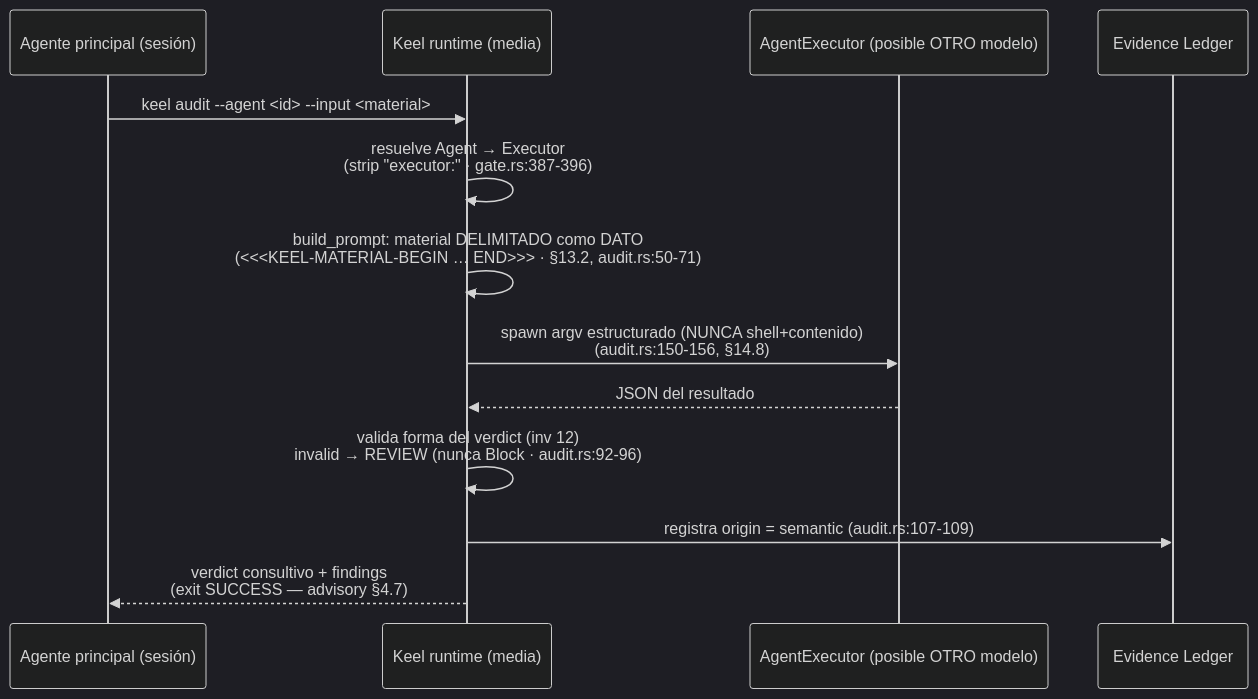
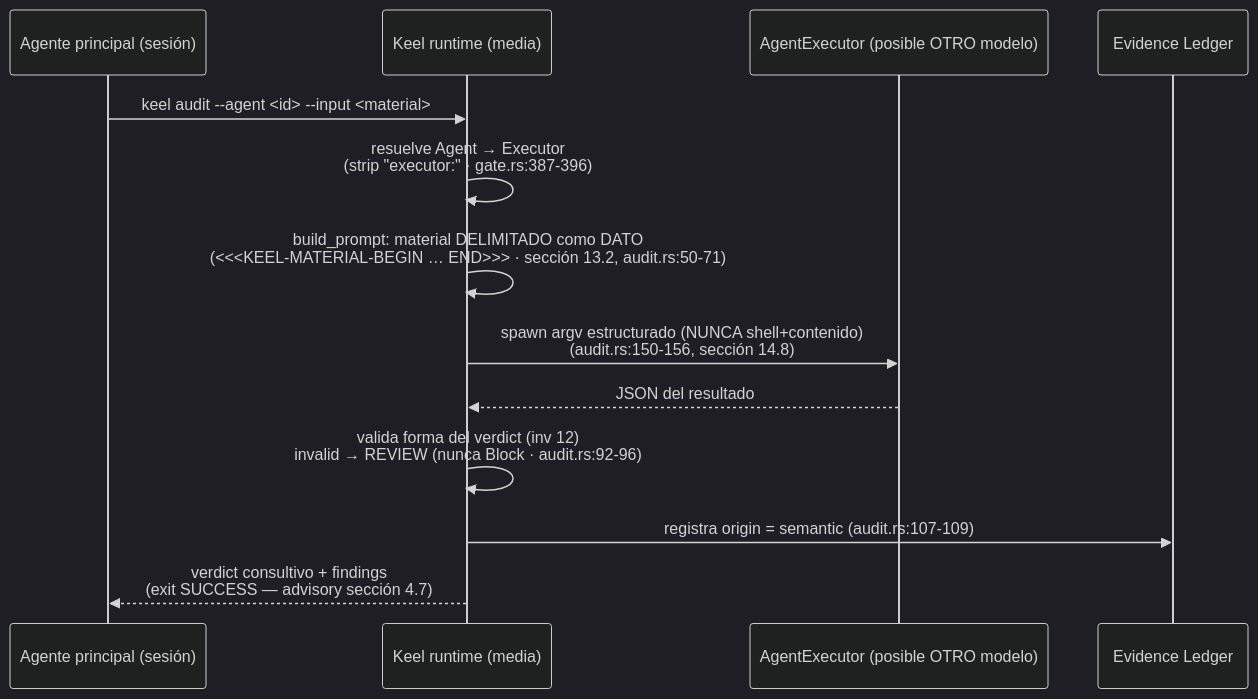
Before and after one commit to JhonaCodes/keel: the fifth of 6 diagrams in docs/FUNCIONAMIENTO_INTERNO.md, drawn with Mermaid (dark theme). The commit also changed other lines of this file and 69 other files, not shown here.

````diff
--- a/docs/FUNCIONAMIENTO_INTERNO.md
+++ b/docs/FUNCIONAMIENTO_INTERNO.md
@@ -178,16 +178,16 @@
 ```mermaid
 sequenceDiagram
     participant P as Agente principal (sesión)
     participant K as Keel runtime (media)
     participant X as AgentExecutor (posible OTRO modelo)
     participant L as Evidence Ledger
 
     P->>K: keel audit --agent <id> --input <material>
     K->>K: resuelve Agent → Executor<br/>(strip "executor:" · gate.rs:387-396)
-    K->>K: build_prompt: material DELIMITADO como DATO<br/>(<<<KEEL-MATERIAL-BEGIN … END>>> · §13.2, audit.rs:50-71)
-    K->>X: spawn argv estructurado (NUNCA shell+contenido)<br/>(audit.rs:150-156, §14.8)
+    K->>K: build_prompt: material DELIMITADO como DATO<br/>(<<<KEEL-MATERIAL-BEGIN … END>>> · sección 13.2, audit.rs:50-71)
+    K->>X: spawn argv estructurado (NUNCA shell+contenido)<br/>(audit.rs:150-156, sección 14.8)
     X-->>K: JSON del resultado
     K->>K: valida forma del verdict (inv 12)<br/>invalid → REVIEW (nunca Block · audit.rs:92-96)
     K->>L: registra origin = semantic (audit.rs:107-109)
-    K-->>P: verdict consultivo + findings<br/>(exit SUCCESS — advisory §4.7)
+    K-->>P: verdict consultivo + findings<br/>(exit SUCCESS — advisory sección 4.7)
 ```
````
